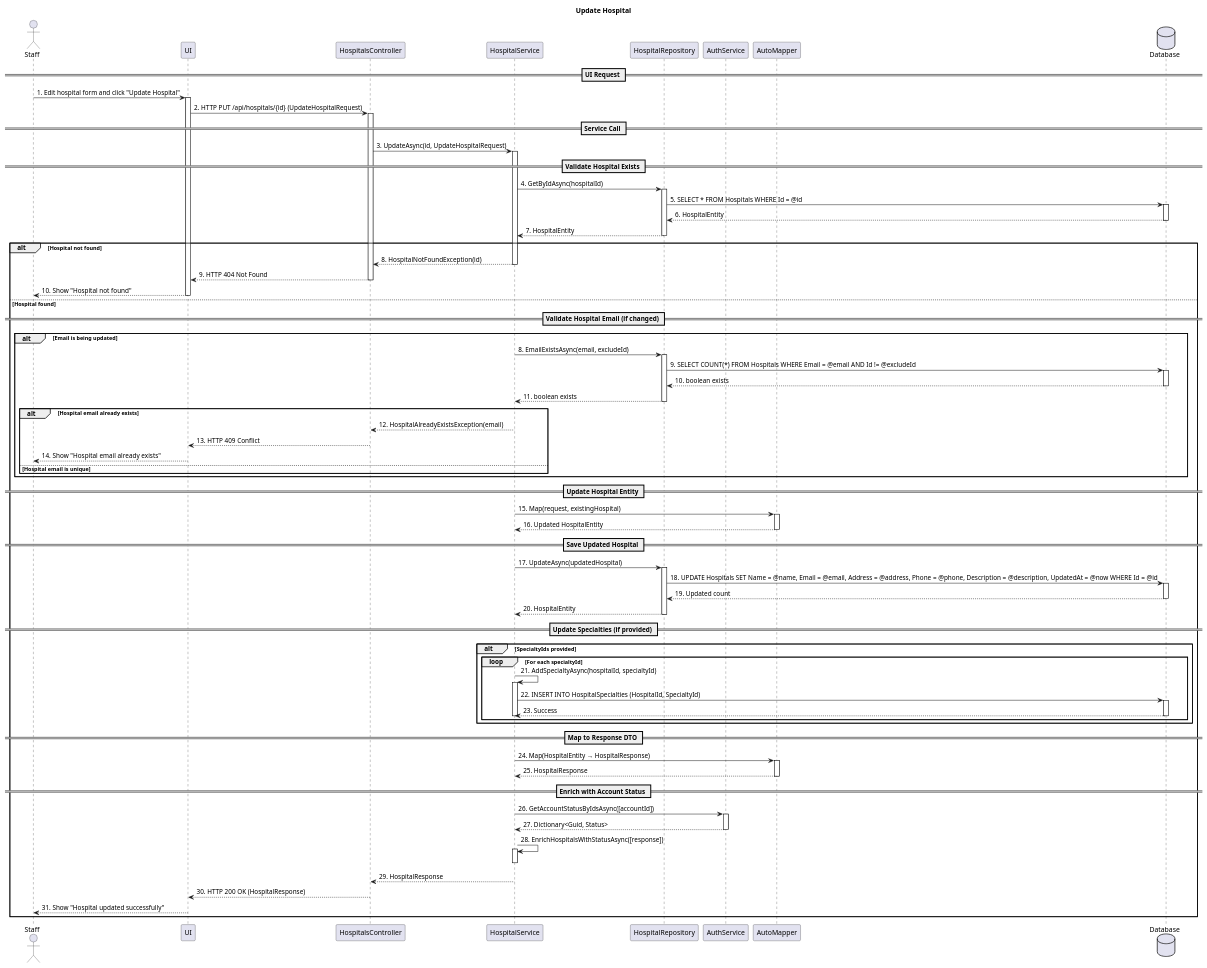
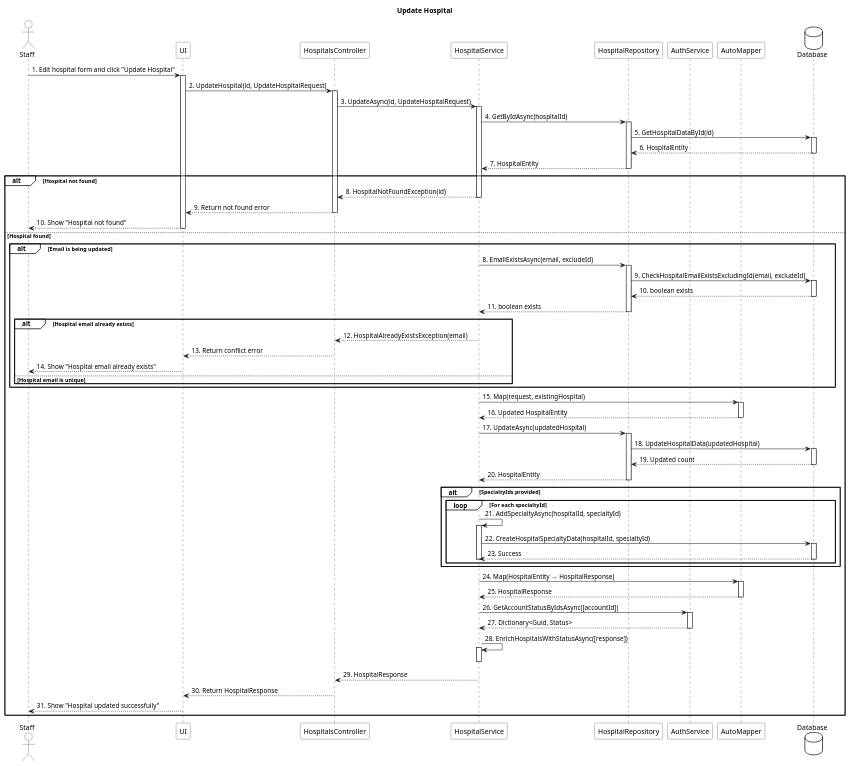
Before and after one commit to Capstone-FA25-MABS/BookingCareSystemBackend: the diagram in src/Services/BookingCare.Services.Doctor/sequence-diagrams/hospital/update_hospital_sequence_diagram.puml, drawn with PlantUML. The commit also changed 32 other files, not shown here.

Commit message:
[FIX] update code sequence diagram and class diagram

```diff
--- a/src/Services/BookingCare.Services.Doctor/sequence-diagrams/hospital/update_hospital_sequence_diagram.puml
+++ b/src/Services/BookingCare.Services.Doctor/sequence-diagrams/hospital/update_hospital_sequence_diagram.puml
@@ -1,120 +1,118 @@
 @startuml
 title Update Hospital
+
+skinparam backgroundColor White
+skinparam sequenceParticipantBackgroundColor White
+skinparam sequenceActorBackgroundColor White
+skinparam sequenceLifeLineBackgroundColor White
+skinparam databaseBackgroundColor White
+skinparam sequenceGroupBackgroundColor White
 
 actor Staff
 participant UI
 participant HospitalsController
 participant HospitalService
 participant HospitalRepository
 participant AuthService
 participant AutoMapper
 database Database
 
-== UI Request ==
 Staff -> UI : 1. Edit hospital form and click "Update Hospital"
 activate UI
-UI -> HospitalsController : 2. HTTP PUT /api/hospitals/{id} (UpdateHospitalRequest)
+UI -> HospitalsController : 2. UpdateHospital(id, UpdateHospitalRequest)
 activate HospitalsController
 
-== Service Call ==
 HospitalsController -> HospitalService : 3. UpdateAsync(id, UpdateHospitalRequest)
 activate HospitalService
 
-== Validate Hospital Exists ==
 HospitalService -> HospitalRepository : 4. GetByIdAsync(hospitalId)
 activate HospitalRepository
-HospitalRepository -> Database : 5. SELECT * FROM Hospitals WHERE Id = @id
+HospitalRepository -> Database : 5. GetHospitalDataById(id)
 activate Database
 Database --> HospitalRepository : 6. HospitalEntity
 deactivate Database
 HospitalRepository --> HospitalService : 7. HospitalEntity
 deactivate HospitalRepository
 
 alt Hospital not found
     HospitalService --> HospitalsController : 8. HospitalNotFoundException(id)
     deactivate HospitalService
-    HospitalsController --> UI : 9. HTTP 404 Not Found
+    HospitalsController --> UI : 9. Return not found error
     deactivate HospitalsController
     UI --> Staff : 10. Show "Hospital not found"
     deactivate UI
 else Hospital found
 
-    == Validate Hospital Email (if changed) ==
     alt Email is being updated
         HospitalService -> HospitalRepository : 8. EmailExistsAsync(email, excludeId)
         activate HospitalRepository
-        HospitalRepository -> Database : 9. SELECT COUNT(*) FROM Hospitals WHERE Email = @email AND Id != @excludeId
+        HospitalRepository -> Database : 9. CheckHospitalEmailExistsExcludingId(email, excludeId)
         activate Database
         Database --> HospitalRepository : 10. boolean exists
         deactivate Database
         HospitalRepository --> HospitalService : 11. boolean exists
         deactivate HospitalRepository
 
         alt Hospital email already exists
             HospitalService --> HospitalsController : 12. HospitalAlreadyExistsException(email)
             deactivate HospitalService
-            HospitalsController --> UI : 13. HTTP 409 Conflict
+            HospitalsController --> UI : 13. Return conflict error
             deactivate HospitalsController
             UI --> Staff : 14. Show "Hospital email already exists"
             deactivate UI
         else Hospital email is unique
             note right: Continue to update hospital
         end
     end
 
-    == Update Hospital Entity ==
     HospitalService -> AutoMapper : 15. Map(request, existingHospital)
     activate AutoMapper
     AutoMapper --> HospitalService : 16. Updated HospitalEntity
     deactivate AutoMapper
 
-    == Save Updated Hospital ==
     HospitalService -> HospitalRepository : 17. UpdateAsync(updatedHospital)
     activate HospitalRepository
-    HospitalRepository -> Database : 18. UPDATE Hospitals SET Name = @name, Email = @email, Address = @address, Phone = @phone, Description = @description, UpdatedAt = @now WHERE Id = @id
+    HospitalRepository -> Database : 18. UpdateHospitalData(updatedHospital)
     activate Database
     Database --> HospitalRepository : 19. Updated count
     deactivate Database
     HospitalRepository --> HospitalService : 20. HospitalEntity
     deactivate HospitalRepository
 
-    == Update Specialties (if provided) ==
     alt SpecialtyIds provided
         loop For each specialtyId
             HospitalService -> HospitalService : 21. AddSpecialtyAsync(hospitalId, specialtyId)
             activate HospitalService
-            HospitalService -> Database : 22. INSERT INTO HospitalSpecialties (HospitalId, SpecialtyId)
+            HospitalService -> Database : 22. CreateHospitalSpecialtyData(hospitalId, specialtyId)
             activate Database
             Database --> HospitalService : 23. Success
             deactivate Database
             deactivate HospitalService
         end
     end
 
-    == Map to Response DTO ==
     HospitalService -> AutoMapper : 24. Map(HospitalEntity → HospitalResponse)
     activate AutoMapper
     AutoMapper --> HospitalService : 25. HospitalResponse
     deactivate AutoMapper
 
-    == Enrich with Account Status ==
     HospitalService -> AuthService : 26. GetAccountStatusByIdsAsync([accountId])
     activate AuthService
     AuthService --> HospitalService : 27. Dictionary<Guid, Status>
     deactivate AuthService
 
     HospitalService -> HospitalService : 28. EnrichHospitalsWithStatusAsync([response])
     activate HospitalService
     deactivate HospitalService
 
     HospitalService --> HospitalsController : 29. HospitalResponse
     deactivate HospitalService
 
-    HospitalsController --> UI : 30. HTTP 200 OK (HospitalResponse)
+    HospitalsController --> UI : 30. Return HospitalResponse
     deactivate HospitalsController
 
     UI --> Staff : 31. Show "Hospital updated successfully"
     deactivate UI
 end
 
 @enduml
```
